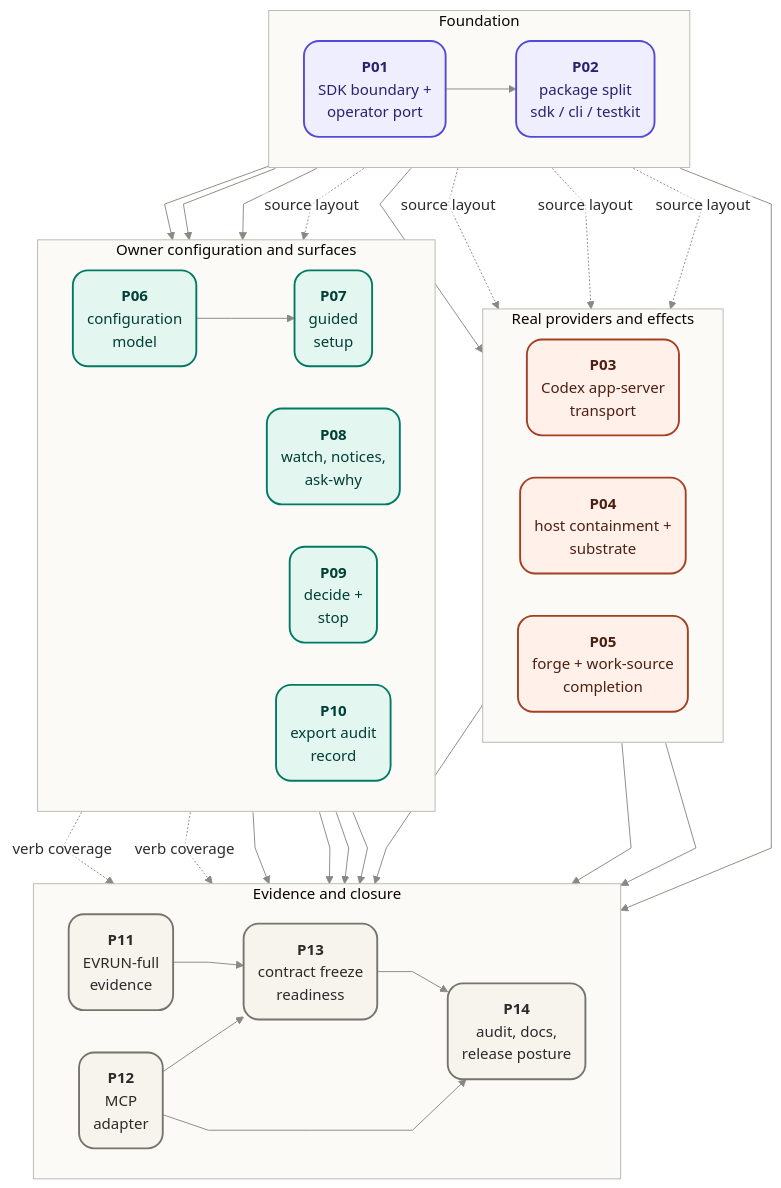
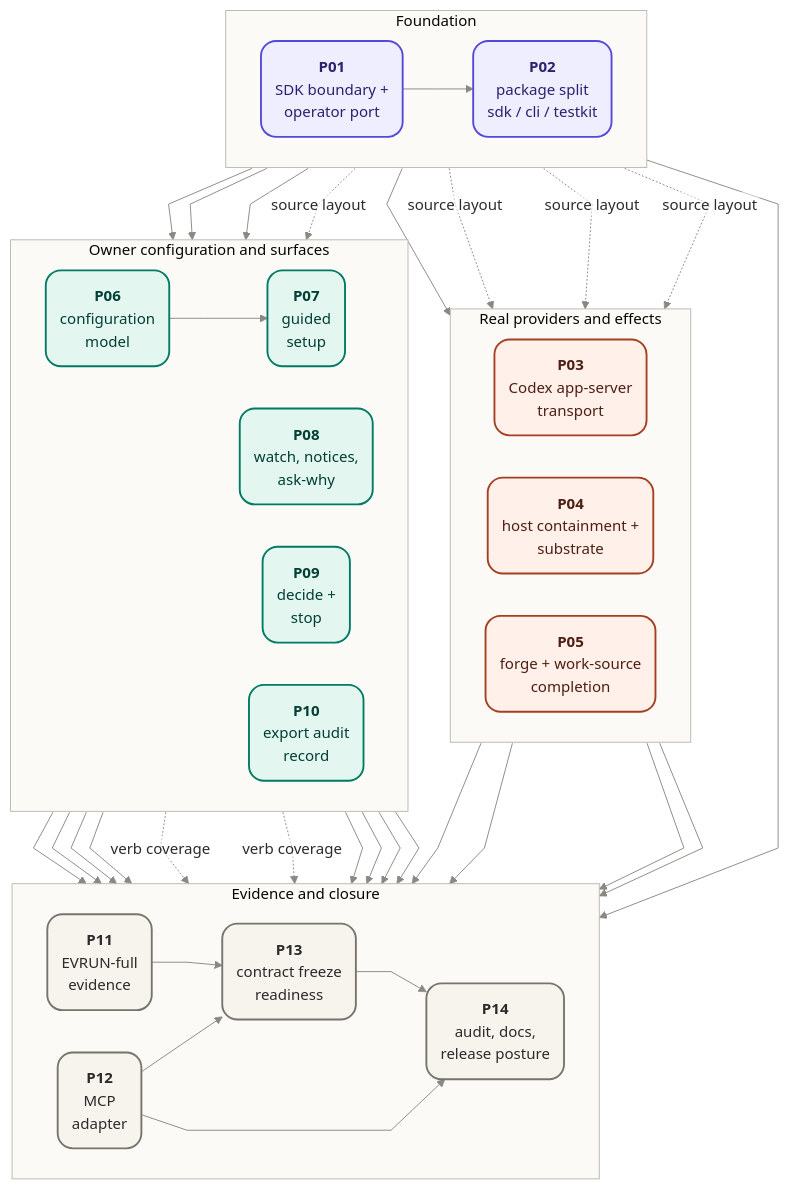
Before and after one commit to agentic-workflow-kit/jig: the diagram in docs/delivery/target-state-implementation/README.md, drawn with Mermaid. The commit also changed other lines of this file and 3 other files, not shown here.

```diff
--- a/docs/delivery/target-state-implementation/README.md
+++ b/docs/delivery/target-state-implementation/README.md
@@ -226,6 +226,11 @@
   P03 --> P11
   P04 --> P11
   P06 --> P07
+  P05 --> P13
+  P07 --> P13
+  P08 --> P13
+  P09 --> P13
+  P10 --> P13
   P11 --> P13
   P12 --> P13
 
```
